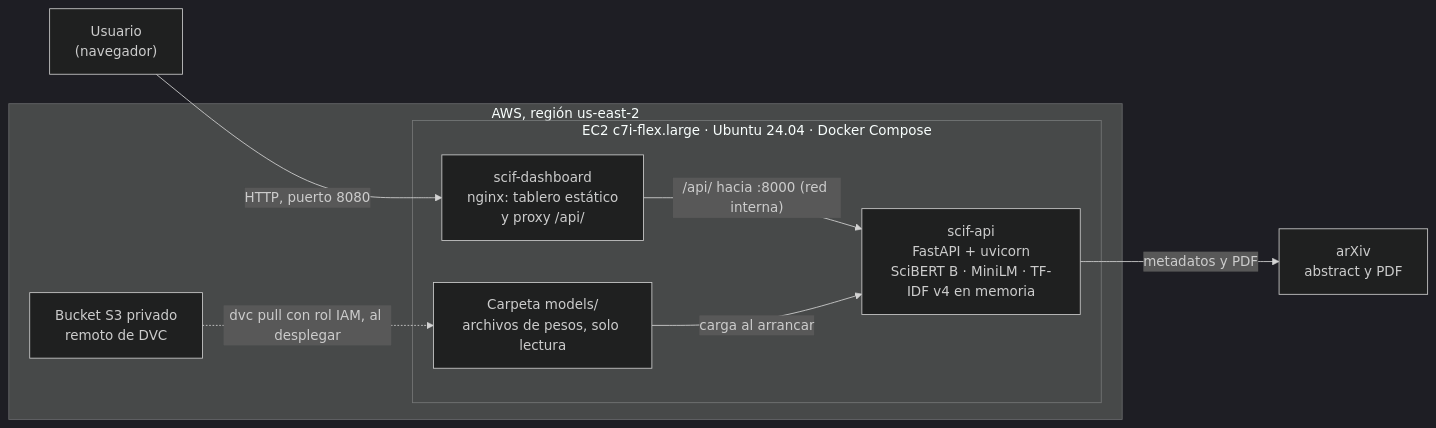
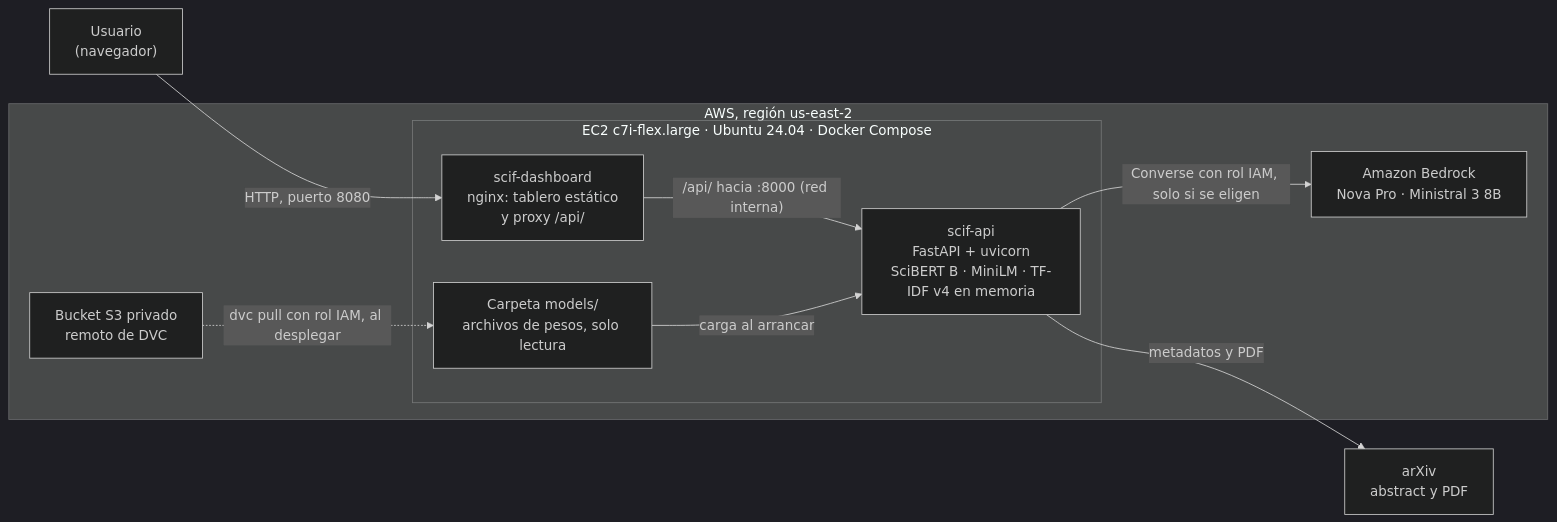
Before and after one commit to MAIA-ProyectoGrado/pds-proyecto-tema1: the first of 3 diagrams in README.md, drawn with Mermaid (dark theme). The commit also changed other lines of this file and 23 other files, not shown here.

Commit message:
Agrega Nova Pro y Ministral 3 8B al demostrador con Amazon Bedrock, tope de gasto diario y límite de consultas por IP.

````diff
--- a/README.md
+++ b/README.md
@@ -67,19 +75,21 @@
 ```mermaid
 flowchart LR
   U["Usuario<br/>(navegador)"]
   subgraph AWS["AWS, región us-east-2"]
     subgraph EC2["EC2 c7i-flex.large · Ubuntu 24.04 · Docker Compose"]
       N["scif-dashboard<br/>nginx: tablero estático<br/>y proxy /api/"]
       A["scif-api<br/>FastAPI + uvicorn<br/>SciBERT B · MiniLM · TF-IDF v4 en memoria"]
       V["Carpeta models/<br/>archivos de pesos, solo lectura"]
     end
     S["Bucket S3 privado<br/>remoto de DVC"]
+    BR["Amazon Bedrock<br/>Nova Pro · Ministral 3 8B"]
   end
   X["arXiv<br/>abstract y PDF"]
 
   U -->|"HTTP, puerto 8080"| N
   N -->|"/api/ hacia :8000 (red interna)"| A
   V -->|"carga al arrancar"| A
   A -->|"metadatos y PDF"| X
+  A -->|"Converse con rol IAM, solo si se eligen"| BR
   S -.->|"dvc pull con rol IAM, al desplegar"| V
 ```
````
